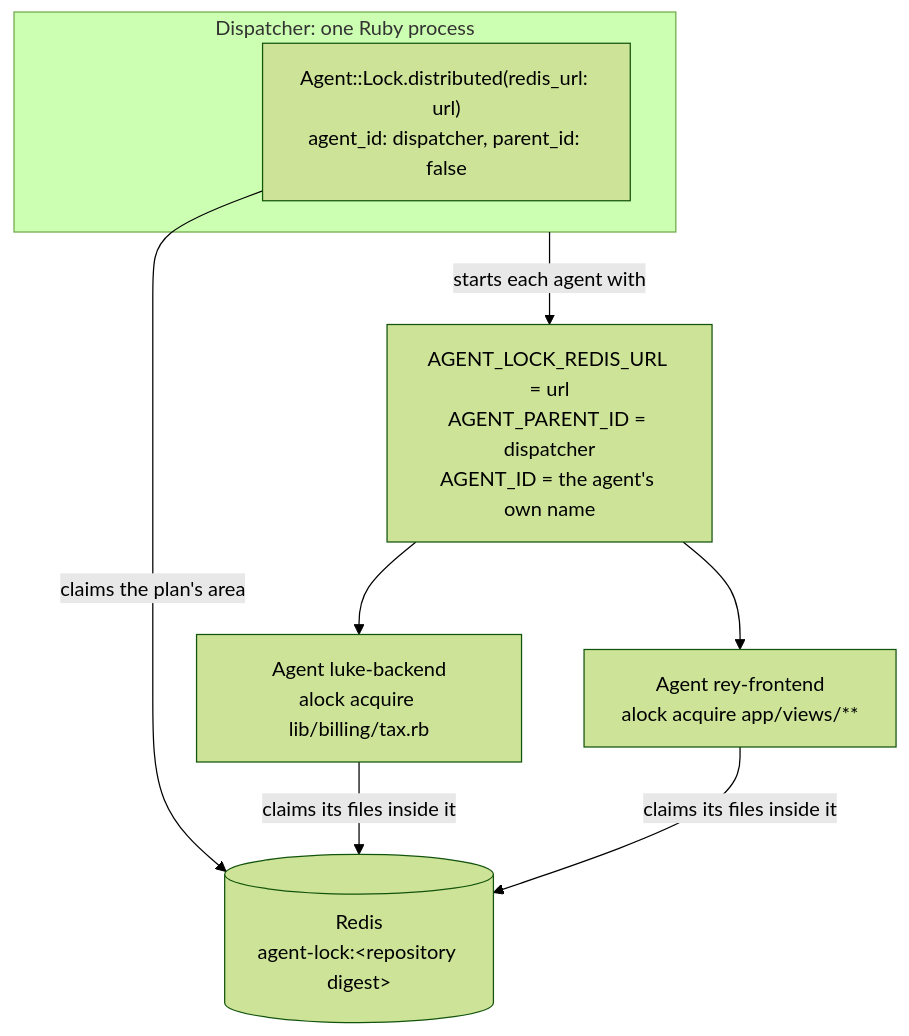
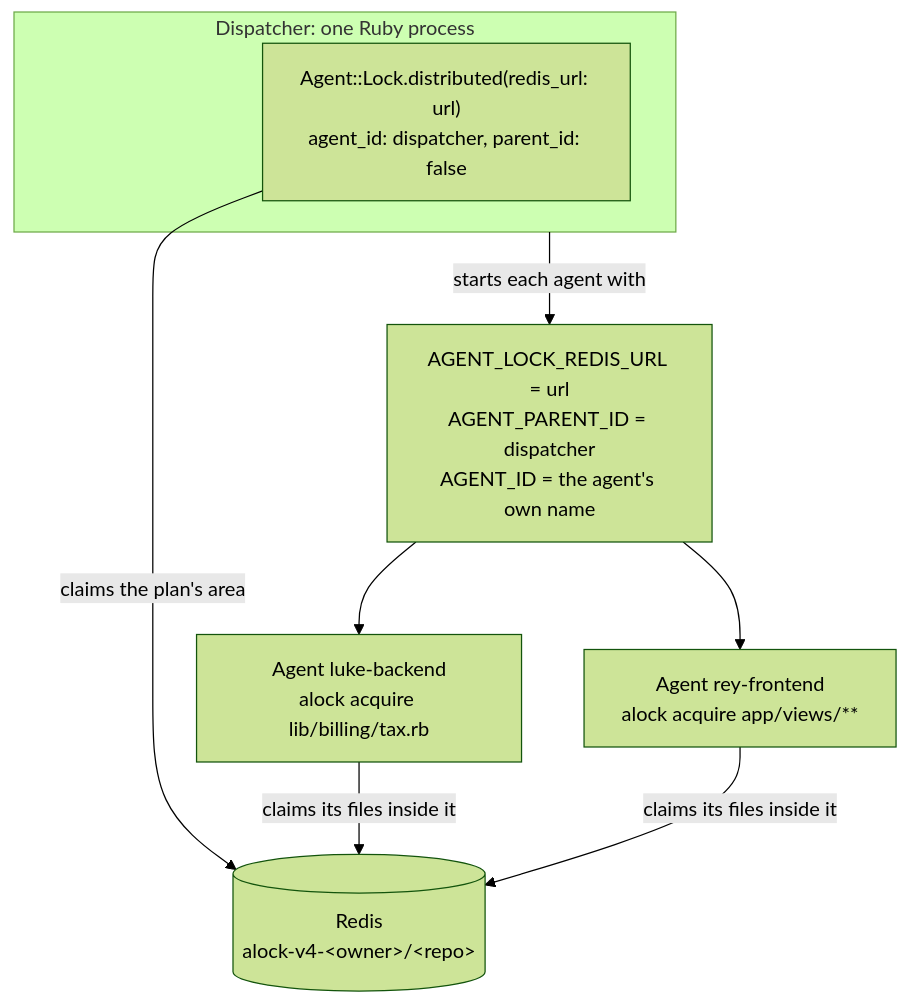
The first of 4 diagrams in README.md (kigster/agent-lock), drawn with Mermaid (forest theme) before and after one commit. The commit also changed other lines of this file and 14 other files, not shown here.

First line of the commit message:
Name Redis locks by repo and list them (#25)

````diff
--- a/README.md
+++ b/README.md
@@ -259,15 +259,15 @@
 ```mermaid
 flowchart TB
     subgraph DISP["Dispatcher: one Ruby process"]
         FACADE["Agent::Lock.distributed(redis_url: url)<br/>agent_id: dispatcher, parent_id: false"]
     end
 
     DISP -->|"starts each agent with"| ENV["AGENT_LOCK_REDIS_URL = url<br/>AGENT_PARENT_ID = dispatcher<br/>AGENT_ID = the agent's own name"]
 
     ENV --> A1["Agent luke-backend<br/>alock acquire lib/billing/tax.rb"]
     ENV --> A2["Agent rey-frontend<br/>alock acquire app/views/**"]
 
-    FACADE -->|"claims the plan's area"| STORE[("Redis<br/>agent-lock:&lt;repository digest&gt;")]
+    FACADE -->|"claims the plan's area"| STORE[("Redis<br/>alock-v4-&lt;owner&gt;/&lt;repo&gt;")]
     A1 -->|"claims its files inside it"| STORE
     A2 -->|"claims its files inside it"| STORE
 ```
````
